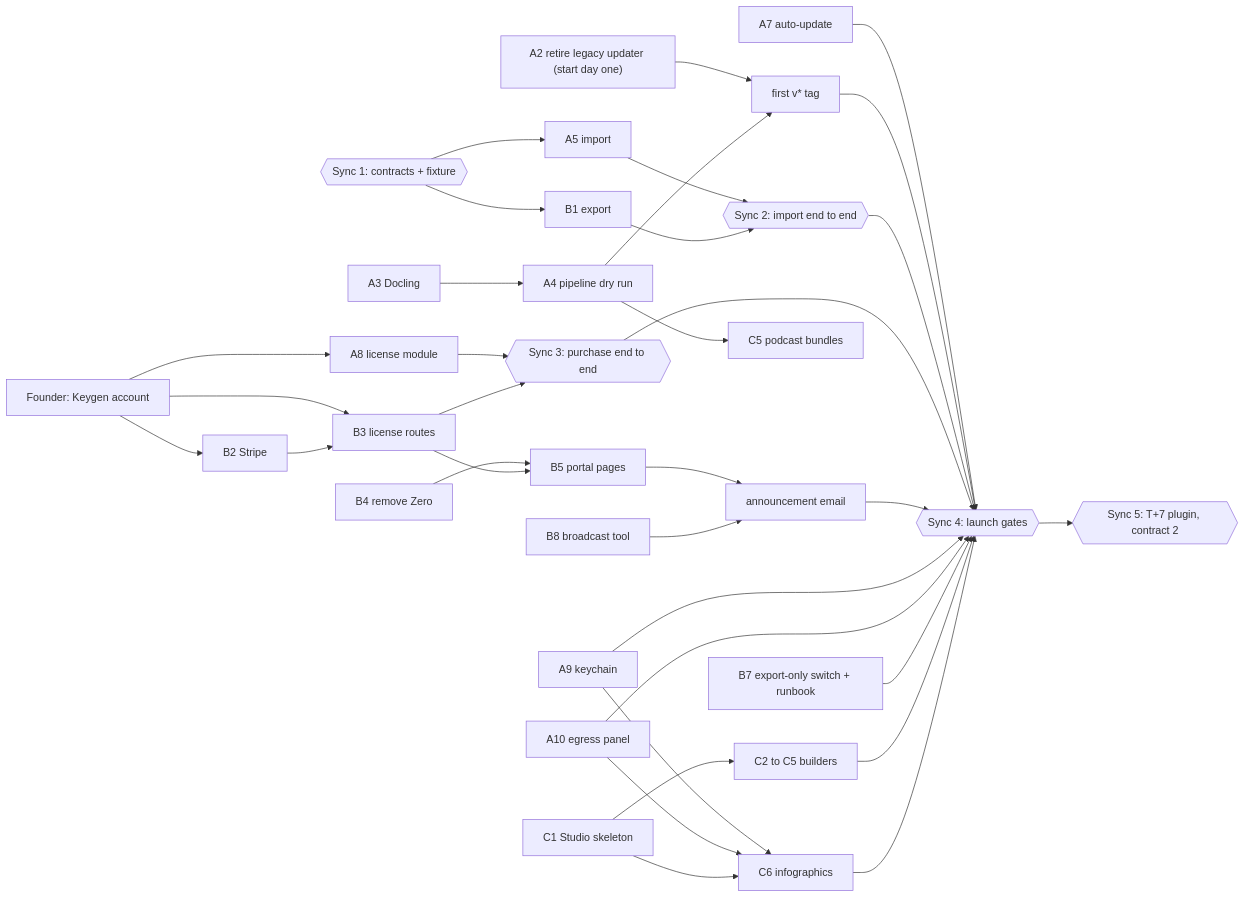
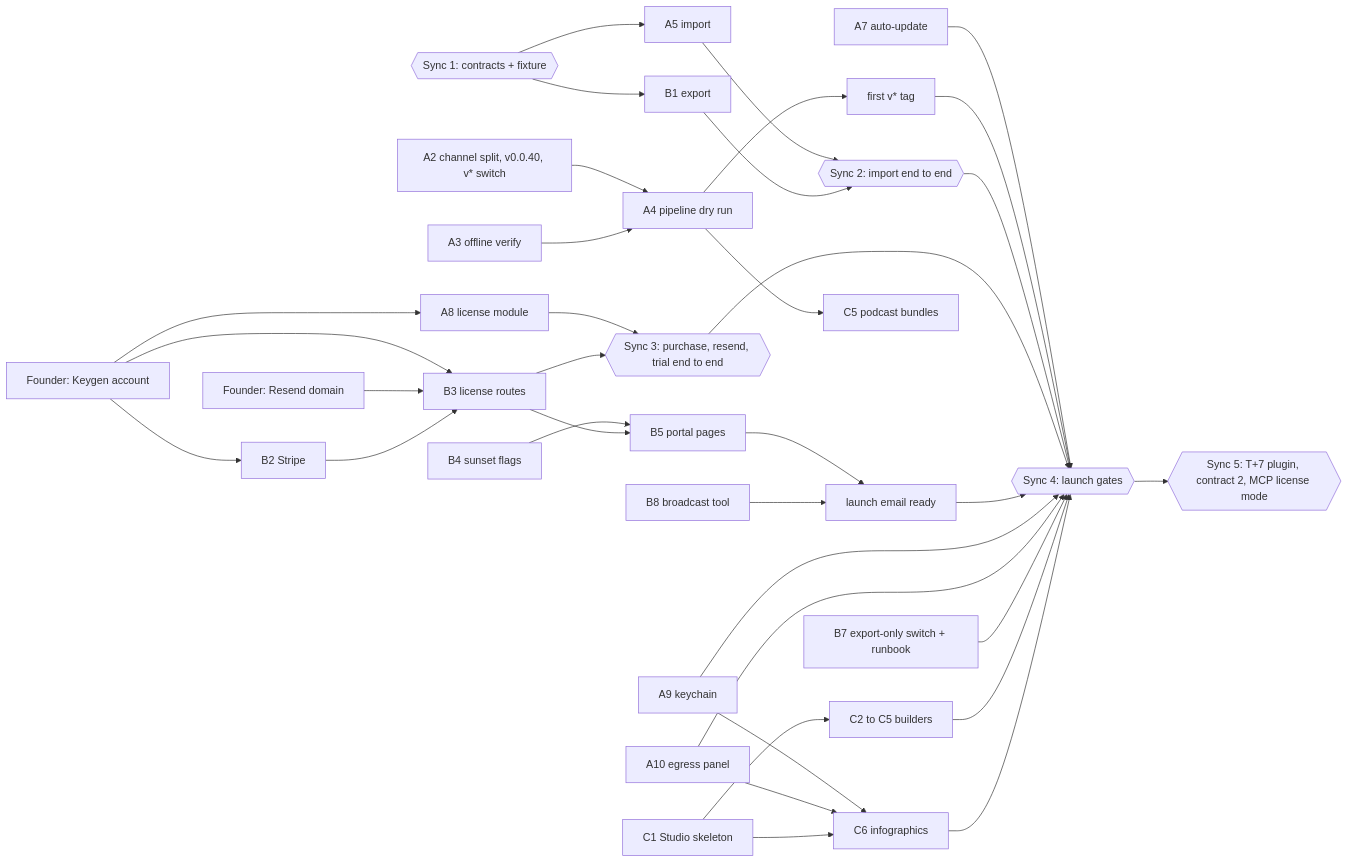
Before and after one commit to MODSetter/SurfSense: the second of 2 diagrams in plans/community-local/00d-pivot-plan.md, drawn with Mermaid. The commit also changed other lines of this file and 1 other file, not shown here.

````diff
--- a/plans/community-local/00d-pivot-plan.md
+++ b/plans/community-local/00d-pivot-plan.md
@@ -136,34 +147,37 @@
 ```mermaid
 flowchart LR
   Keygen[Founder: Keygen account] --> A8[A8 license module]
   Keygen --> B2[B2 Stripe]
   Keygen --> B3[B3 license routes]
+  Resend[Founder: Resend domain] --> B3
+  A2["A2 channel split, v0.0.40, v* switch"]
   Contracts{{"Sync 1: contracts + fixture"}} --> A5[A5 import]
   Contracts --> B1[B1 export]
-  A2["A2 retire legacy updater (start day one)"] --> Tag[first v* tag]
-  A3[A3 Docling] --> A4[A4 pipeline dry run] --> Tag
+  A2 --> A4[A4 pipeline dry run]
+  A3[A3 offline verify] --> A4
+  A4 --> Tag[first v* tag]
   A5 --> ImportE2E{{"Sync 2: import end to end"}}
   B1 --> ImportE2E
-  A8 --> BuyE2E{{"Sync 3: purchase end to end"}}
+  A8 --> BuyE2E{{"Sync 3: purchase, resend, trial end to end"}}
   B2 --> B3 --> BuyE2E
-  B4[B4 remove Zero] --> B5[B5 portal pages]
+  B4[B4 sunset flags] --> B5[B5 portal pages]
   B3 --> B5
-  B5 --> Announce[announcement email]
-  B8[B8 broadcast tool] --> Announce
+  B5 --> LaunchMail[launch email ready]
+  B8[B8 broadcast tool] --> LaunchMail
   A9[A9 keychain] --> C6[C6 infographics]
   A10[A10 egress panel] --> C6
   A4 --> C5[C5 podcast bundles]
   C1[C1 Studio skeleton] --> C2[C2 to C5 builders]
   C1 --> C6
   A7[A7 auto-update] --> Gates{{"Sync 4: launch gates"}}
   Tag --> Gates
   ImportE2E --> Gates
   BuyE2E --> Gates
-  Announce --> Gates
+  LaunchMail --> Gates
   A9 --> Gates
   A10 --> Gates
   B7[B7 export-only switch + runbook] --> Gates
   C2 --> Gates
   C6 --> Gates
-  Gates --> T7{{"Sync 5: T+7 plugin, contract 2"}}
+  Gates --> T7{{"Sync 5: T+7 plugin, contract 2, MCP license mode"}}
 ```
````
